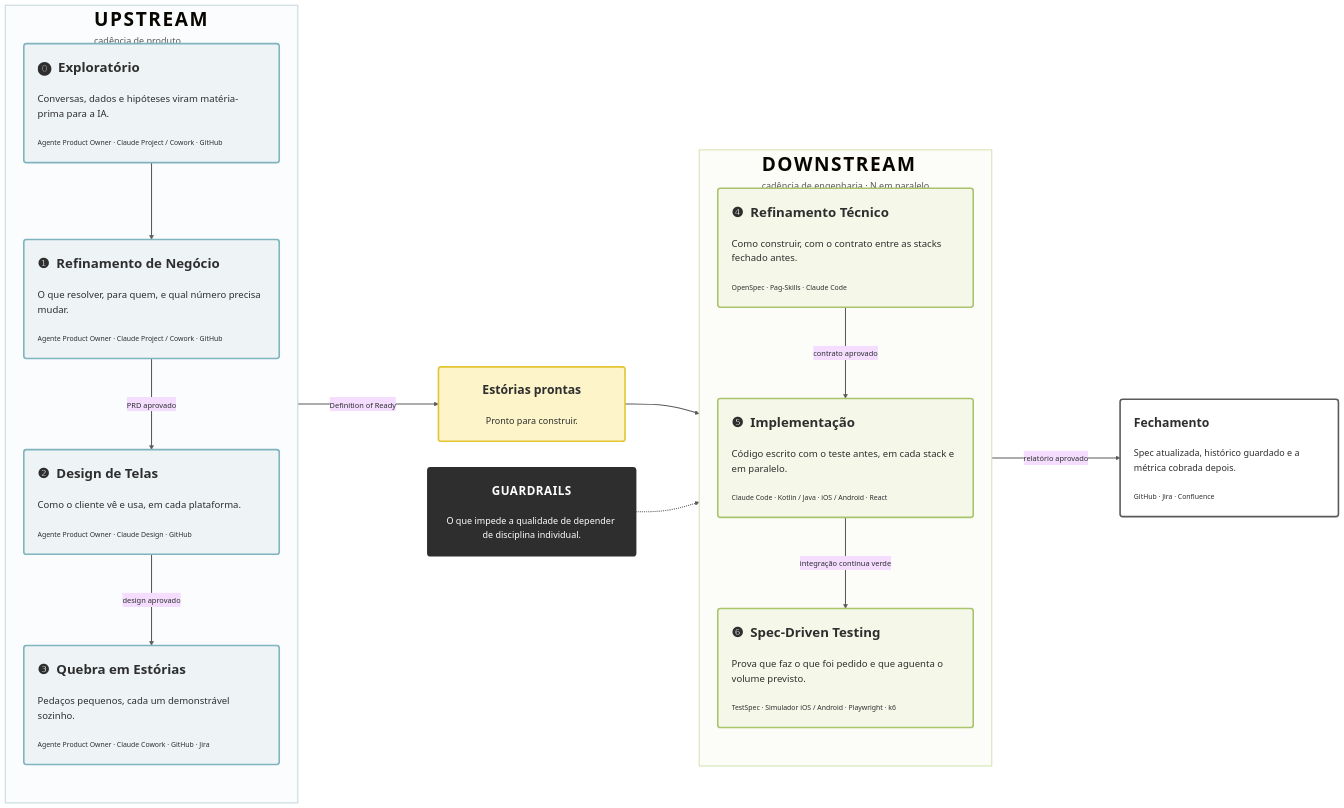
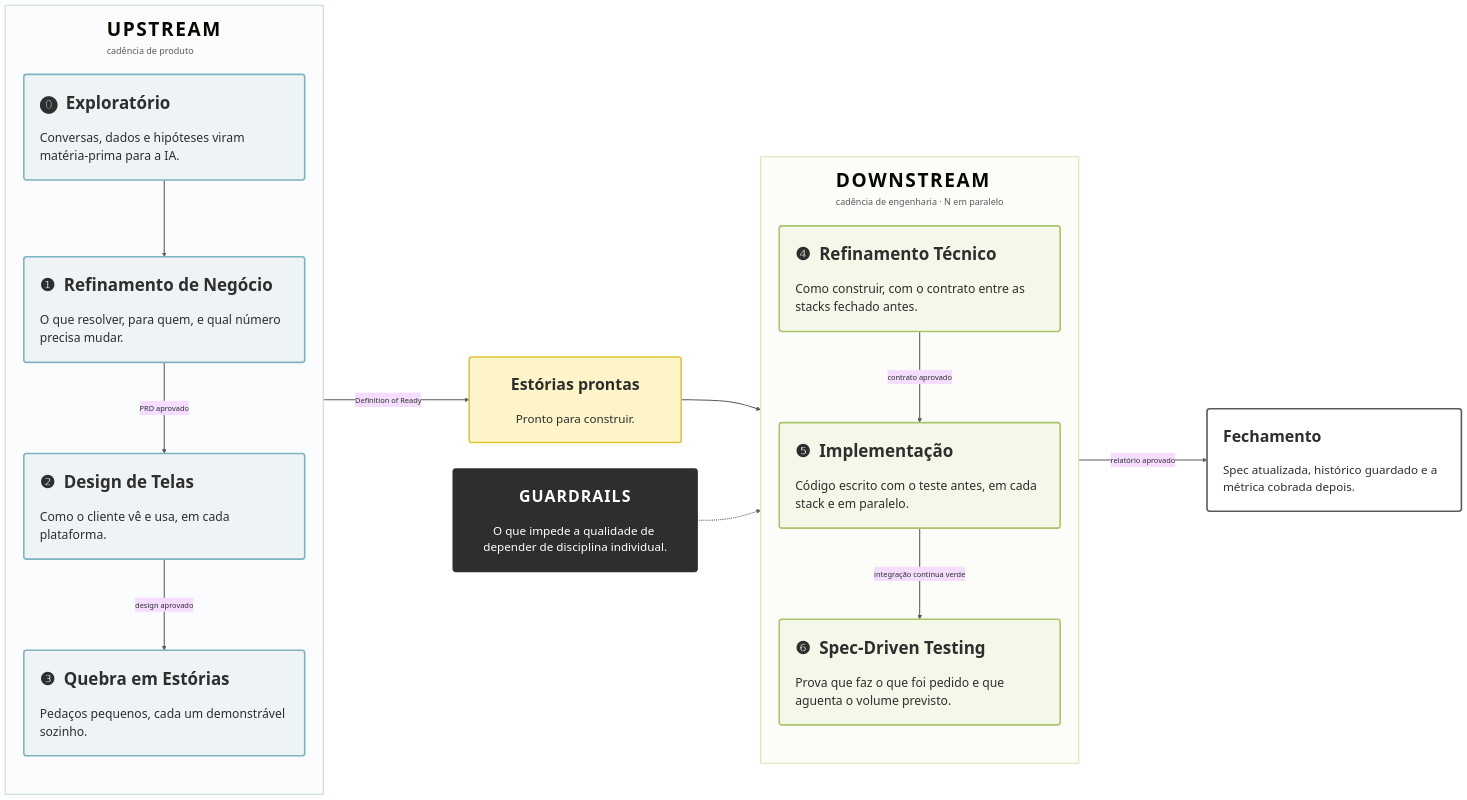
Before and after one commit to diegolirio/workflow-ai-first: the first of 5 diagrams in workflow.md, drawn with Mermaid.

````diff
--- a/workflow.md
+++ b/workflow.md
@@ -33,50 +33,50 @@
 ```mermaid
-%%{init: {"theme":"base","themeVariables":{"fontFamily":"Helvetica Neue, Helvetica, Arial, sans-serif","fontSize":"18px","lineColor":"#5A5A5A","primaryTextColor":"#2E2E2E"},"flowchart":{"htmlLabels":true,"curve":"basis","nodeSpacing":50,"rankSpacing":120,"padding":26,"useMaxWidth":false}}}%%
+%%{init: {"theme":"base","themeVariables":{"fontFamily":"Helvetica Neue, Helvetica, Arial, sans-serif","fontSize":"18px","lineColor":"#5A5A5A","primaryTextColor":"#2E2E2E"},"flowchart":{"htmlLabels":true,"curve":"basis","nodeSpacing":50,"rankSpacing":120,"padding":30,"useMaxWidth":false,"subGraphTitleMargin":{"top":18,"bottom":40}}}}%%
 flowchart LR
     classDef up fill:#EEF4F6,stroke:#7FB3C0,stroke-width:3px,color:#2E2E2E
     classDef down fill:#F5F8E9,stroke:#A9C46C,stroke-width:3px,color:#2E2E2E
     classDef queue fill:#FDF4C9,stroke:#E3C534,stroke-width:3px,color:#2E2E2E
     classDef guard fill:#2E2E2E,stroke:#2E2E2E,stroke-width:3px,color:#FFFFFF
     classDef done fill:#FFFFFF,stroke:#5A5A5A,stroke-width:3px,color:#2E2E2E
 
     subgraph UP["<span style='font-size:36px;font-weight:800;letter-spacing:3px'>UPSTREAM</span><br/><span style='font-size:17px;color:#5A5A5A'>cadência de produto</span>"]
         direction TB
-        EX("<span style='display:inline-block;width:430px;text-align:left;line-height:1.5'><span style='font-size:25px;font-weight:700'>⓿&nbsp;&nbsp;Exploratório</span><br/><br/><span style='font-size:18px'>Conversas, dados e hipóteses viram matéria-prima para a IA.</span><br/><br/><span style='font-size:13px;color:#5A5A5A'>Agente Product Owner · Claude Project / Cowork · GitHub</span></span>")
-        RN("<span style='display:inline-block;width:430px;text-align:left;line-height:1.5'><span style='font-size:25px;font-weight:700'>❶&nbsp;&nbsp;Refinamento de Negócio</span><br/><br/><span style='font-size:18px'>O que resolver, para quem, e qual número precisa mudar.</span><br/><br/><span style='font-size:13px;color:#5A5A5A'>Agente Product Owner · Claude Project / Cowork · GitHub</span></span>")
-        TL("<span style='display:inline-block;width:430px;text-align:left;line-height:1.5'><span style='font-size:25px;font-weight:700'>❷&nbsp;&nbsp;Design de Telas</span><br/><br/><span style='font-size:18px'>Como o cliente vê e usa, em cada plataforma.</span><br/><br/><span style='font-size:13px;color:#5A5A5A'>Agente Product Owner · Claude Design · GitHub</span></span>")
-        QE("<span style='display:inline-block;width:430px;text-align:left;line-height:1.5'><span style='font-size:25px;font-weight:700'>❸&nbsp;&nbsp;Quebra em Estórias</span><br/><br/><span style='font-size:18px'>Pedaços pequenos, cada um demonstrável sozinho.</span><br/><br/><span style='font-size:13px;color:#5A5A5A'>Agente Product Owner · Claude Cowork · GitHub · Jira</span></span>")
+        EX("<span style='display:inline-block;width:470px;text-align:left;line-height:1.45'><span style='font-size:32px;font-weight:700'>⓿&nbsp;&nbsp;Exploratório</span><br/><br/><span style='font-size:23px'>Conversas, dados e hipóteses viram matéria-prima para a IA.</span></span>")
+        RN("<span style='display:inline-block;width:470px;text-align:left;line-height:1.45'><span style='font-size:32px;font-weight:700'>❶&nbsp;&nbsp;Refinamento de Negócio</span><br/><br/><span style='font-size:23px'>O que resolver, para quem, e qual número precisa mudar.</span></span>")
+        TL("<span style='display:inline-block;width:470px;text-align:left;line-height:1.45'><span style='font-size:32px;font-weight:700'>❷&nbsp;&nbsp;Design de Telas</span><br/><br/><span style='font-size:23px'>Como o cliente vê e usa, em cada plataforma.</span></span>")
+        QE("<span style='display:inline-block;width:470px;text-align:left;line-height:1.45'><span style='font-size:32px;font-weight:700'>❸&nbsp;&nbsp;Quebra em Estórias</span><br/><br/><span style='font-size:23px'>Pedaços pequenos, cada um demonstrável sozinho.</span></span>")
         EX --> RN
         RN -->|"<span style='font-size:14px'>PRD aprovado</span>"| TL
         TL -->|"<span style='font-size:14px'>design aprovado</span>"| QE
     end
 
-    FILA("<span style='display:inline-block;width:300px;text-align:center;line-height:1.5'><span style='font-size:23px;font-weight:700'>Estórias prontas</span><br/><br/><span style='font-size:17px'>Pronto para construir.</span></span>")
+    FILA("<span style='display:inline-block;width:340px;text-align:center;line-height:1.45'><span style='font-size:30px;font-weight:700'>Estórias prontas</span><br/><br/><span style='font-size:22px'>Pronto para construir.</span></span>")
 
     subgraph DOWN["<span style='font-size:36px;font-weight:800;letter-spacing:3px'>DOWNSTREAM</span><br/><span style='font-size:17px;color:#5A5A5A'>cadência de engenharia · N em paralelo</span>"]
         direction TB
-        RT("<span style='display:inline-block;width:430px;text-align:left;line-height:1.5'><span style='font-size:25px;font-weight:700'>❹&nbsp;&nbsp;Refinamento Técnico</span><br/><br/><span style='font-size:18px'>Como construir, com o contrato entre as stacks fechado antes.</span><br/><br/><span style='font-size:13px;color:#5A5A5A'>OpenSpec · Pag-Skills · Claude Code</span></span>")
-        IMPL("<span style='display:inline-block;width:430px;text-align:left;line-height:1.5'><span style='font-size:25px;font-weight:700'>❺&nbsp;&nbsp;Implementação</span><br/><br/><span style='font-size:18px'>Código escrito com o teste antes, em cada stack e em paralelo.</span><br/><br/><span style='font-size:13px;color:#5A5A5A'>Claude Code · Kotlin / Java · iOS / Android · React</span></span>")
-        TEST("<span style='display:inline-block;width:430px;text-align:left;line-height:1.5'><span style='font-size:25px;font-weight:700'>❻&nbsp;&nbsp;Spec-Driven Testing</span><br/><br/><span style='font-size:18px'>Prova que faz o que foi pedido e que aguenta o volume previsto.</span><br/><br/><span style='font-size:13px;color:#5A5A5A'>TestSpec · Simulador iOS / Android · Playwright · k6</span></span>")
+        RT("<span style='display:inline-block;width:470px;text-align:left;line-height:1.45'><span style='font-size:32px;font-weight:700'>❹&nbsp;&nbsp;Refinamento Técnico</span><br/><br/><span style='font-size:23px'>Como construir, com o contrato entre as stacks fechado antes.</span></span>")
+        IMPL("<span style='display:inline-block;width:470px;text-align:left;line-height:1.45'><span style='font-size:32px;font-weight:700'>❺&nbsp;&nbsp;Implementação</span><br/><br/><span style='font-size:23px'>Código escrito com o teste antes, em cada stack e em paralelo.</span></span>")
+        TEST("<span style='display:inline-block;width:470px;text-align:left;line-height:1.45'><span style='font-size:32px;font-weight:700'>❻&nbsp;&nbsp;Spec-Driven Testing</span><br/><br/><span style='font-size:23px'>Prova que faz o que foi pedido e que aguenta o volume previsto.</span></span>")
         RT -->|"<span style='font-size:14px'>contrato aprovado</span>"| IMPL
         IMPL -->|"<span style='font-size:14px'>integração contínua verde</span>"| TEST
     end
 
-    GR("<span style='display:inline-block;width:340px;text-align:center;line-height:1.5'><span style='font-size:22px;font-weight:700;letter-spacing:1px'>GUARDRAILS</span><br/><br/><span style='font-size:17px'>O que impede a qualidade de depender de disciplina individual.</span></span>")
+    GR("<span style='display:inline-block;width:400px;text-align:center;line-height:1.45'><span style='font-size:30px;font-weight:700;letter-spacing:2px'>GUARDRAILS</span><br/><br/><span style='font-size:22px'>O que impede a qualidade de depender de disciplina individual.</span></span>")
 
-    FIM("<span style='display:inline-block;width:360px;text-align:left;line-height:1.5'><span style='font-size:23px;font-weight:700'>Fechamento</span><br/><br/><span style='font-size:17px'>Spec atualizada, histórico guardado e a métrica cobrada depois.</span><br/><br/><span style='font-size:13px;color:#5A5A5A'>GitHub · Jira · Confluence</span></span>")
+    FIM("<span style='display:inline-block;width:420px;text-align:left;line-height:1.45'><span style='font-size:30px;font-weight:700'>Fechamento</span><br/><br/><span style='font-size:22px'>Spec atualizada, histórico guardado e a métrica cobrada depois.</span></span>")
 
     QE -->|"<span style='font-size:14px'>Definition of Ready</span>"| FILA
     FILA --> RT
     TEST -->|"<span style='font-size:14px'>relatório aprovado</span>"| FIM
     GR -.-> DOWN
 
     class EX,RN,TL,QE up
     class RT,IMPL,TEST down
     class FILA queue
     class GR guard
     class FIM done
 
     style UP fill:#FBFCFD,stroke:#C4D9E0,stroke-width:2px
     style DOWN fill:#FCFDF8,stroke:#D5E3B4,stroke-width:2px
     linkStyle default stroke:#5A5A5A,stroke-width:2px
 ```
````
